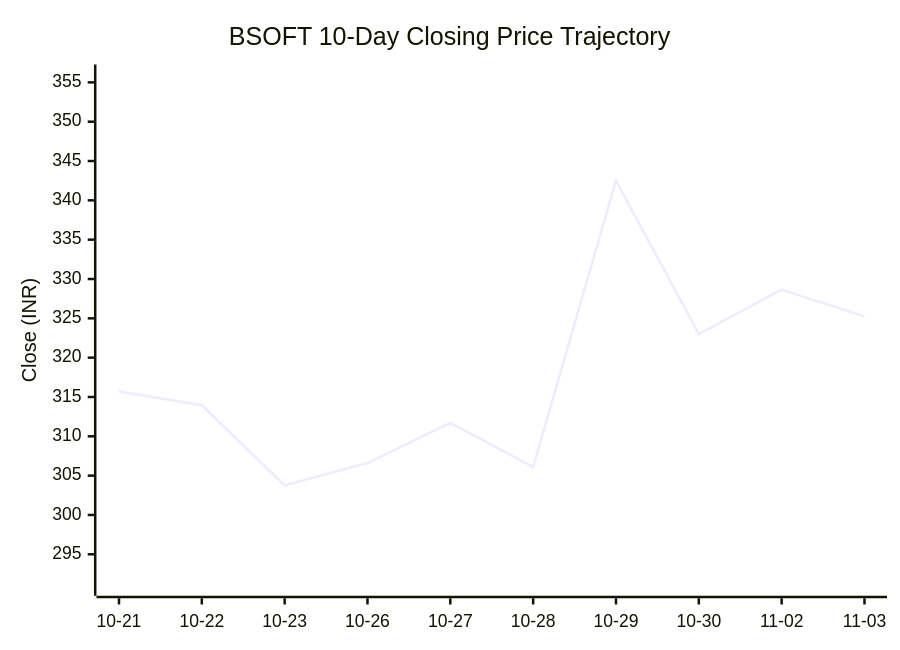
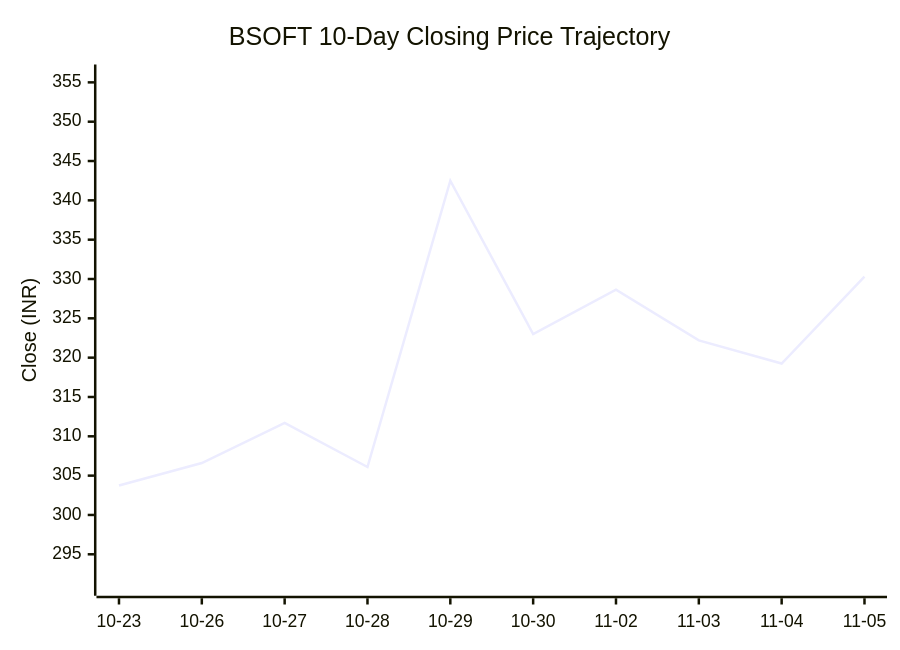
One commit to purnareddy9/dev changed the second of 3 diagrams in market-intelligence/stocks/BSOFT/README.md. Above: the diagram before and after it, drawn with Mermaid. The commit also changed other lines of this file and 4 other files, not shown here.

````diff
--- a/market-intelligence/stocks/BSOFT/README.md
+++ b/market-intelligence/stocks/BSOFT/README.md
@@ -43,7 +65,7 @@
 ```mermaid
 xychart-beta
     title "BSOFT 10-Day Closing Price Trajectory"
-    x-axis ["10-21", "10-22", "10-23", "10-26", "10-27", "10-28", "10-29", "10-30", "11-02", "11-03"]
+    x-axis ["10-23", "10-26", "10-27", "10-28", "10-29", "10-30", "11-02", "11-03", "11-04", "11-05"]
     y-axis "Close (INR)" 291 --> 356
-    line [315.7, 313.95, 303.75, 306.6, 311.7, 306.1, 342.5, 323.0, 328.65, 325.25]
+    line [303.75, 306.6, 311.7, 306.1, 342.5, 323.0, 328.65, 322.2, 319.25, 330.3]
 ```
````
